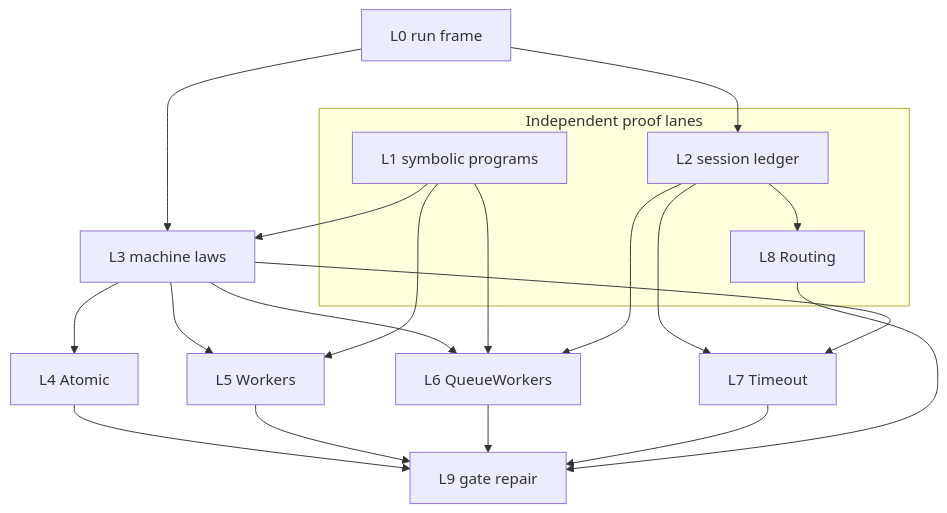
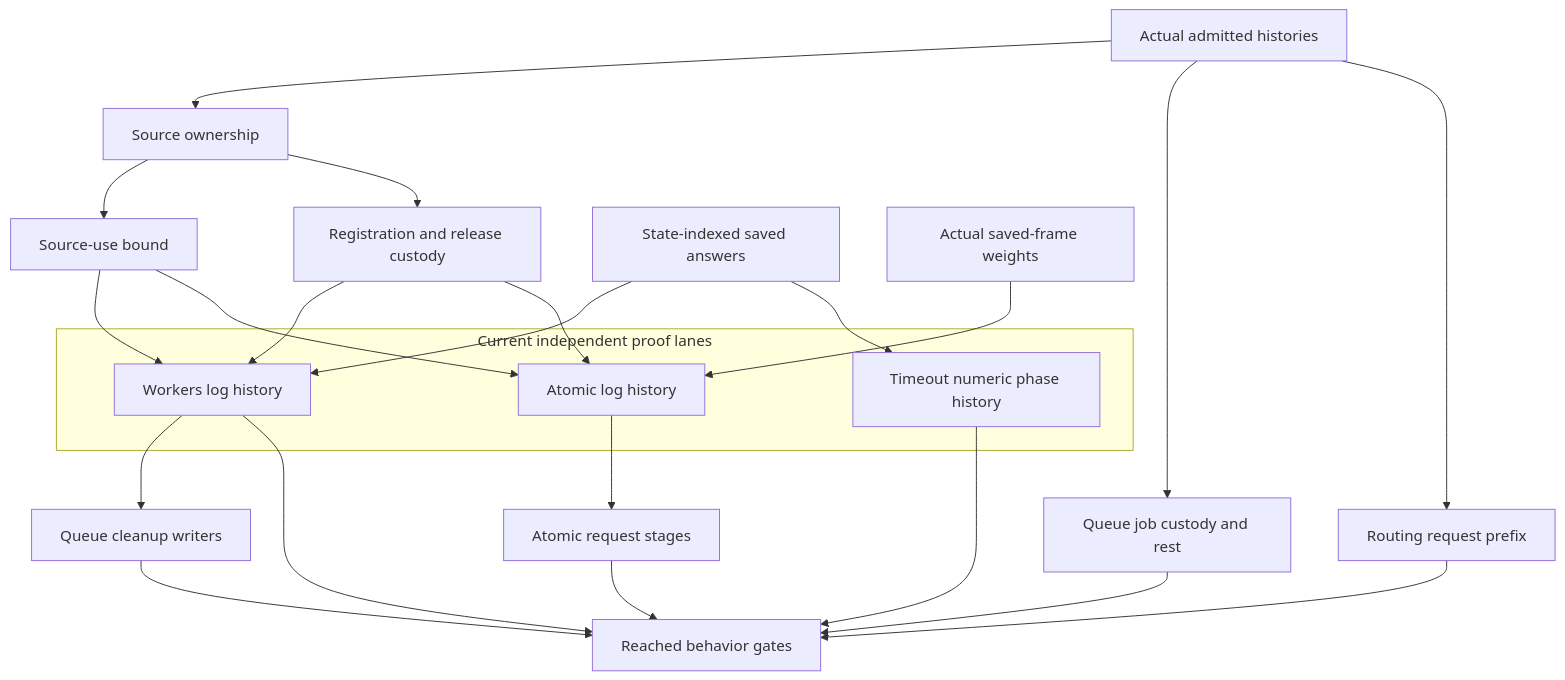
The diagram in docs/research/2026-10-10-goals-packet/PLAN.md (pure-algebra/lean4-effect4), drawn with Mermaid before and after one commit. The commit also changed other lines of this file and 13 other files, not shown here.

Commit message:
Reduce Queue cleanup to its actual log-writer history

````diff
--- a/docs/research/2026-10-10-goals-packet/PLAN.md
+++ b/docs/research/2026-10-10-goals-packet/PLAN.md
@@ -51,25 +88,28 @@
 ```mermaid
 flowchart TD
-  F[L0 run frame] --> J[L2 session ledger]
-  P[L1 symbolic programs] --> C[L3 machine laws]
-  F --> C
-  C --> A[L4 Atomic]
-  C --> W[L5 Workers]
-  C --> Q[L6 QueueWorkers]
-  P --> W
-  P --> Q
-  J --> Q
-  J --> T[L7 Timeout]
-  C --> T
-  J --> R[L8 Routing]
-  A --> G[L9 gate repair]
-  W --> G
-  Q --> G
-  T --> G
-  R --> G
-  subgraph parallel[Independent proof lanes]
-    P
-    J
-    R
+  Run[Actual admitted histories] --> Source[Source ownership]
+  Source --> Once[Source-use bound]
+  Source --> Custody[Registration and release custody]
+  Answers[State-indexed saved answers] --> W[Workers log history]
+  Weights[Actual saved-frame weights] --> A[Atomic log history]
+  Once --> W
+  Custody --> W
+  Once --> A
+  Custody --> A
+  W --> QL[Queue cleanup writers]
+  Run --> QJ[Queue job custody and rest]
+  Run --> R[Routing request prefix]
+  Answers --> T[Timeout numeric phase history]
+  A --> AS[Atomic request stages]
+  W --> Gate[Reached behavior gates]
+  QL --> Gate
+  QJ --> Gate
+  AS --> Gate
+  T --> Gate
+  R --> Gate
+  subgraph parallel[Current independent proof lanes]
+    W
+    A
+    T
   end
 ```
````
